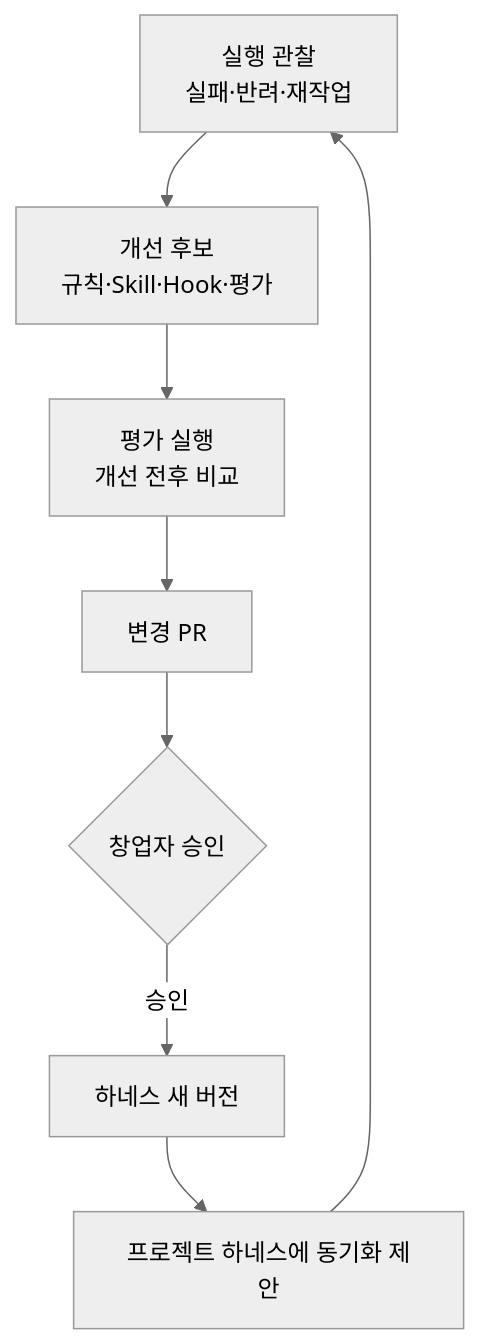
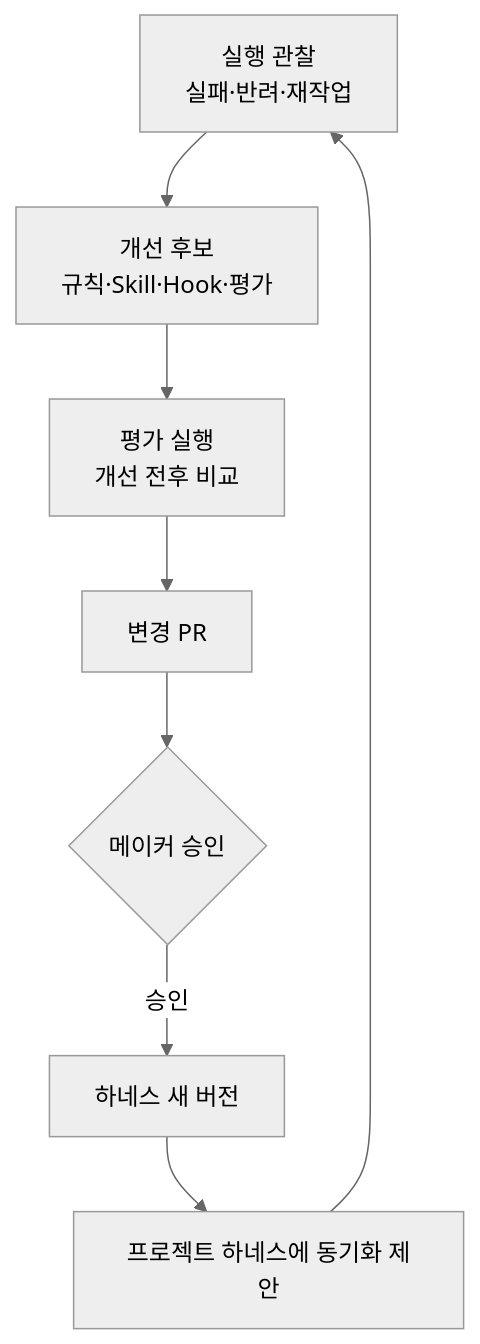
One commit to ysjee141/flywheel changed the tenth of 13 diagrams in plan-draft.md. Above: the diagram before and after it, drawn with Mermaid (neutral theme). The commit also changed other lines of this file and 1 other file, not shown here.

````diff
--- a/plan-draft.md
+++ b/plan-draft.md
@@ -596,10 +597,10 @@
 ```mermaid
 flowchart TB
   O[실행 관찰<br/>실패·반려·재작업] --> C[개선 후보<br/>규칙·Skill·Hook·평가]
   C --> E[평가 실행<br/>개선 전후 비교]
   E --> P[변경 PR]
-  P --> H{창업자 승인}
+  P --> H{메이커 승인}
   H -->|승인| V[하네스 새 버전]
   V --> S[프로젝트 하네스에 동기화 제안]
   S --> O
 ```
````
